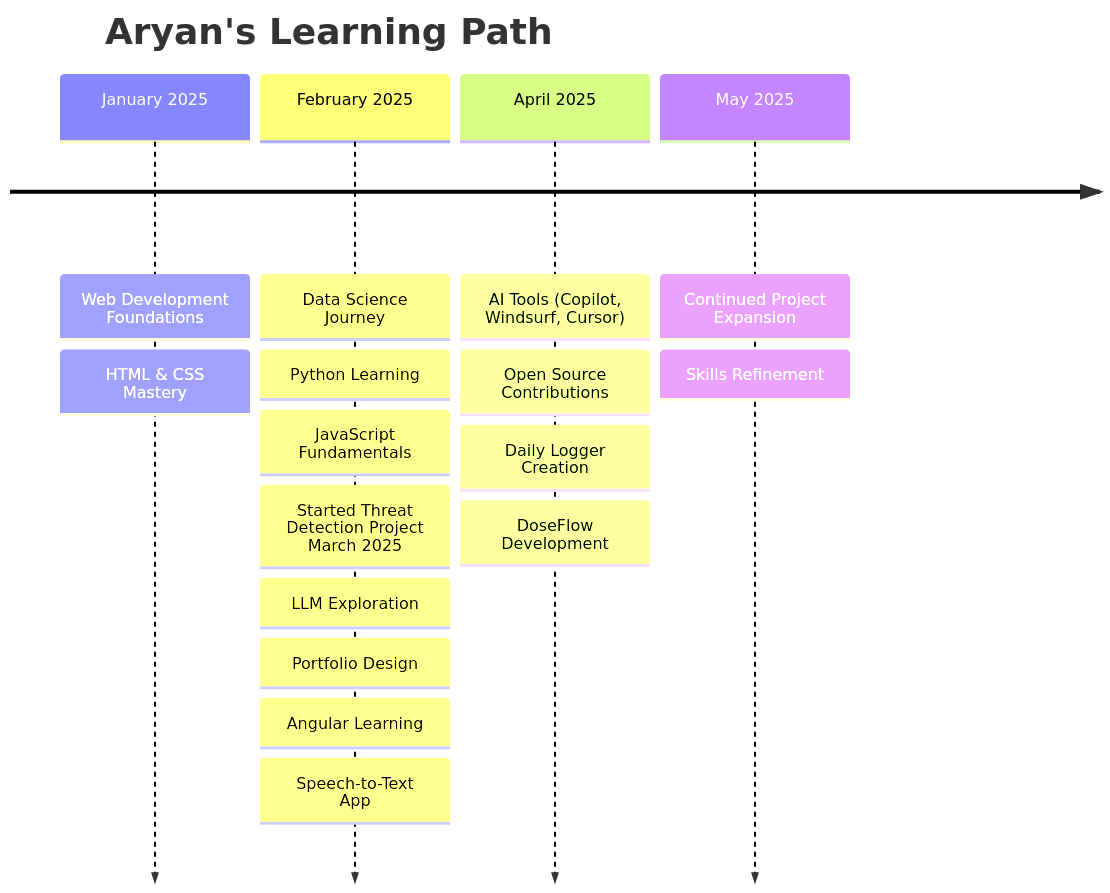
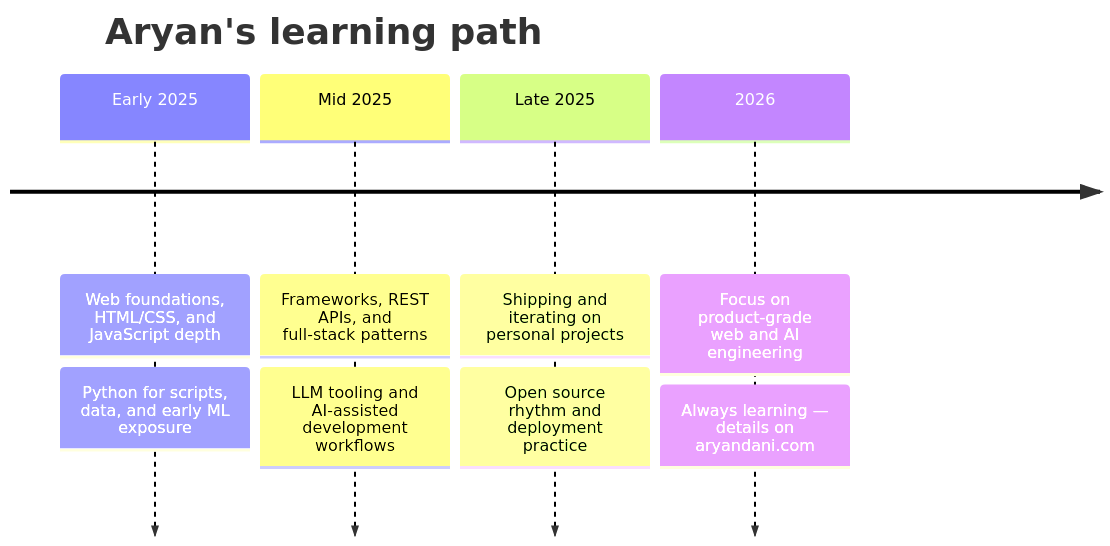
Before and after one commit to aryan-dani/aryan-dani: the diagram in README.md, drawn with Mermaid. The commit also changed other lines of this file, not shown here.

````diff
--- a/README.md
+++ b/README.md
@@ -266,24 +87,16 @@
 ```mermaid
 timeline
-    title Aryan's Learning Path
-    January 2025
-        : Web Development Foundations
-        : HTML & CSS Mastery
-    February 2025
-        : Data Science Journey
-        : Python Learning
-        : JavaScript Fundamentals
-        : Started Threat Detection Project    March 2025
-        : LLM Exploration
-        : Portfolio Design
-        : Angular Learning
-        : Speech-to-Text App
-    April 2025
-        : AI Tools (Copilot, Windsurf, Cursor)
-        : Open Source Contributions
-        : Daily Logger Creation
-        : DoseFlow Development
-    May 2025
-        : Continued Project Expansion
-        : Skills Refinement
+    title Aryan's learning path
+    Early 2025
+        : Web foundations, HTML/CSS, and JavaScript depth
+        : Python for scripts, data, and early ML exposure
+    Mid 2025
+        : Frameworks, REST APIs, and full-stack patterns
+        : LLM tooling and AI-assisted development workflows
+    Late 2025
+        : Shipping and iterating on personal projects
+        : Open source rhythm and deployment practice
+    2026
+        : Focus on product-grade web and AI engineering
+        : Always learning — details on aryandani.com
 ```
````
